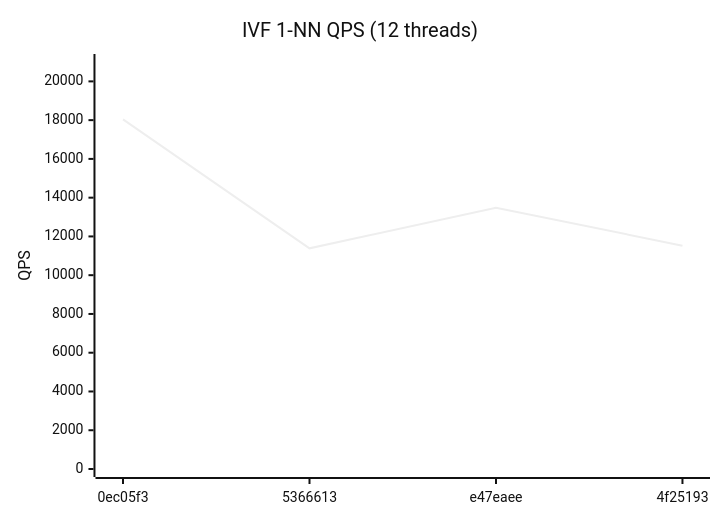
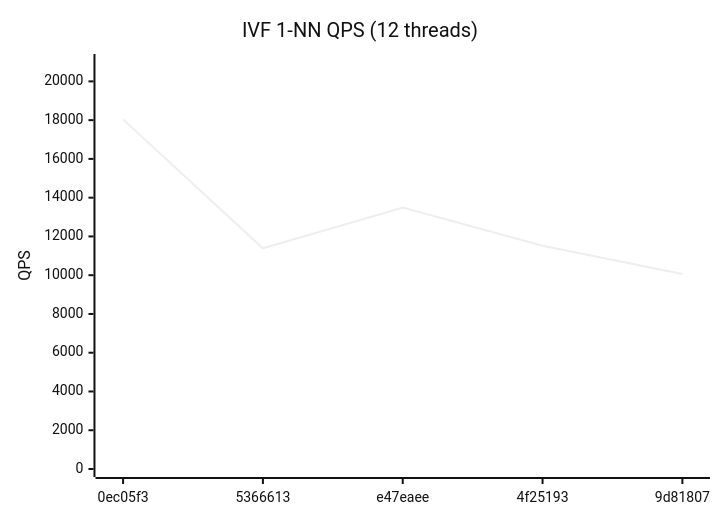
The fourth of 4 diagrams in benchmarks/REPORT.md (bibidhSubedi0/RedBoxDb), drawn with Mermaid (neutral theme) before and after one commit. The commit also changed other lines of this file and 1 other file, not shown here.

````diff
--- a/benchmarks/REPORT.md
+++ b/benchmarks/REPORT.md
@@ -49,7 +49,7 @@
 ```mermaid
 xychart-beta
   title "IVF 1-NN QPS (12 threads)"
-  x-axis ["0ec05f3", "5366613", "e47eaee", "4f25193"]
+  x-axis ["0ec05f3", "5366613", "e47eaee", "4f25193", "9d81807"]
   y-axis "QPS" 0 --> 21000
-  line [18039, 11386, 13485, 11521]
+  line [18039, 11386, 13485, 11521, 10058]
 ```
````
